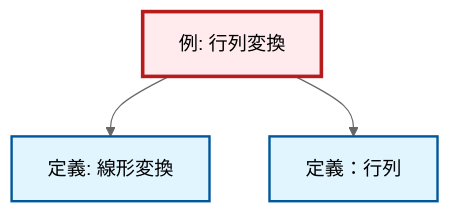
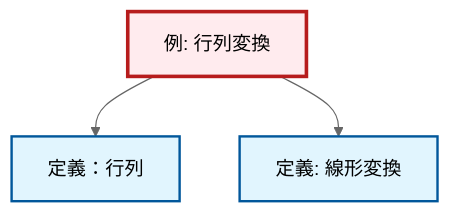
The diagram in content/ja/algebra/ex-matrix-transformation.qmd (RK0429/ModernMath), drawn with Mermaid (neutral theme) before and after one commit. The commit also changed other lines of this file and 328 other files, not shown here.

````diff
--- a/content/ja/algebra/ex-matrix-transformation.qmd
+++ b/content/ja/algebra/ex-matrix-transformation.qmd
@@ -53,17 +53,17 @@
 ```{mermaid}
 %%| fig-cap: "ローカル依存関係グラフ"
 graph TD
     classDef definition fill:#e1f5fe,stroke:#01579b,stroke-width:2px
     classDef theorem fill:#f3e5f5,stroke:#4a148c,stroke-width:2px
     classDef axiom fill:#fff3e0,stroke:#e65100,stroke-width:2px
     classDef example fill:#e8f5e9,stroke:#1b5e20,stroke-width:2px
     classDef current fill:#ffebee,stroke:#b71c1c,stroke-width:3px
+    ex-matrix-transformation["例: 行列変換"]:::example
     def-linear-transformation["定義: 線形変換"]:::definition
-    ex-matrix-transformation["例: 行列変換"]:::example
     def-matrix["定義：行列"]:::definition
+    ex-matrix-transformation --> def-matrix
     ex-matrix-transformation --> def-linear-transformation
-    ex-matrix-transformation --> def-matrix
     class ex-matrix-transformation current
     click def-linear-transformation "def-linear-transformation.html" "線形変換の定義へ"
     click def-matrix "def-matrix.html" "定義：行列へ"
 ```
````
